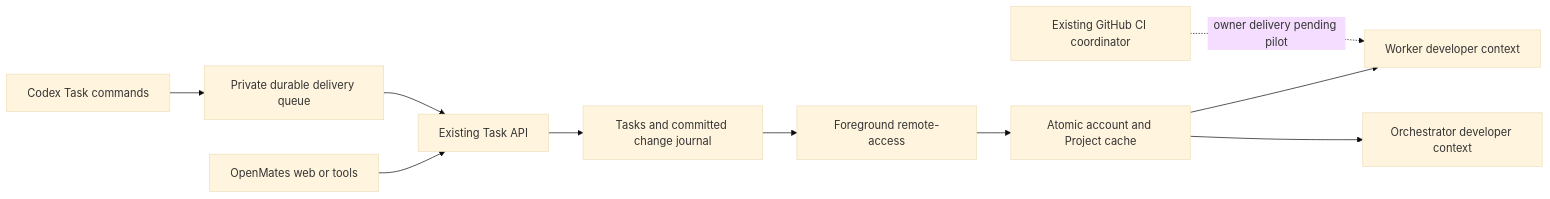
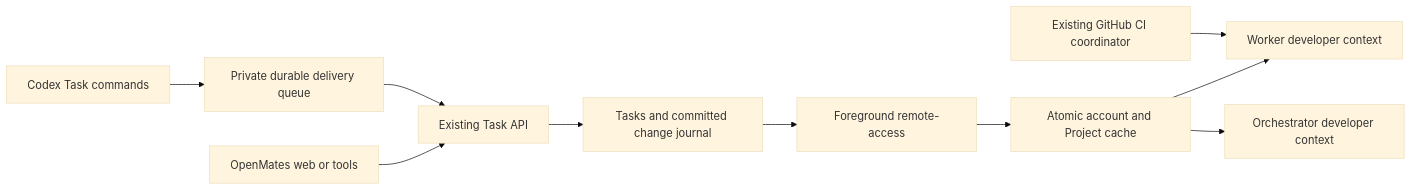
The diagram in docs/architecture/codex-task-cache.md (glowingkitty/OpenMates), drawn with Mermaid (base theme) before and after one commit. The commit also changed other lines of this file and 6 other files, not shown here.

````diff
--- a/docs/architecture/codex-task-cache.md
+++ b/docs/architecture/codex-task-cache.md
@@ -5,12 +5,12 @@
 ```mermaid
 flowchart LR
     Web[OpenMates web or tools] --> API[Existing Task API]
     CLI[Codex Task commands] --> Queue[Private durable delivery queue]
     Queue --> API
     API --> DB[Tasks and committed change journal]
     DB --> Bridge[Foreground remote-access]
     Bridge --> Cache[Atomic account and Project cache]
     Cache --> Worker[Worker developer context]
     Cache --> Parent[Orchestrator developer context]
-    CI[Existing GitHub CI coordinator] -. owner delivery pending pilot .-> Worker
+    CI[Existing GitHub CI coordinator] --> Worker
 ```
````
